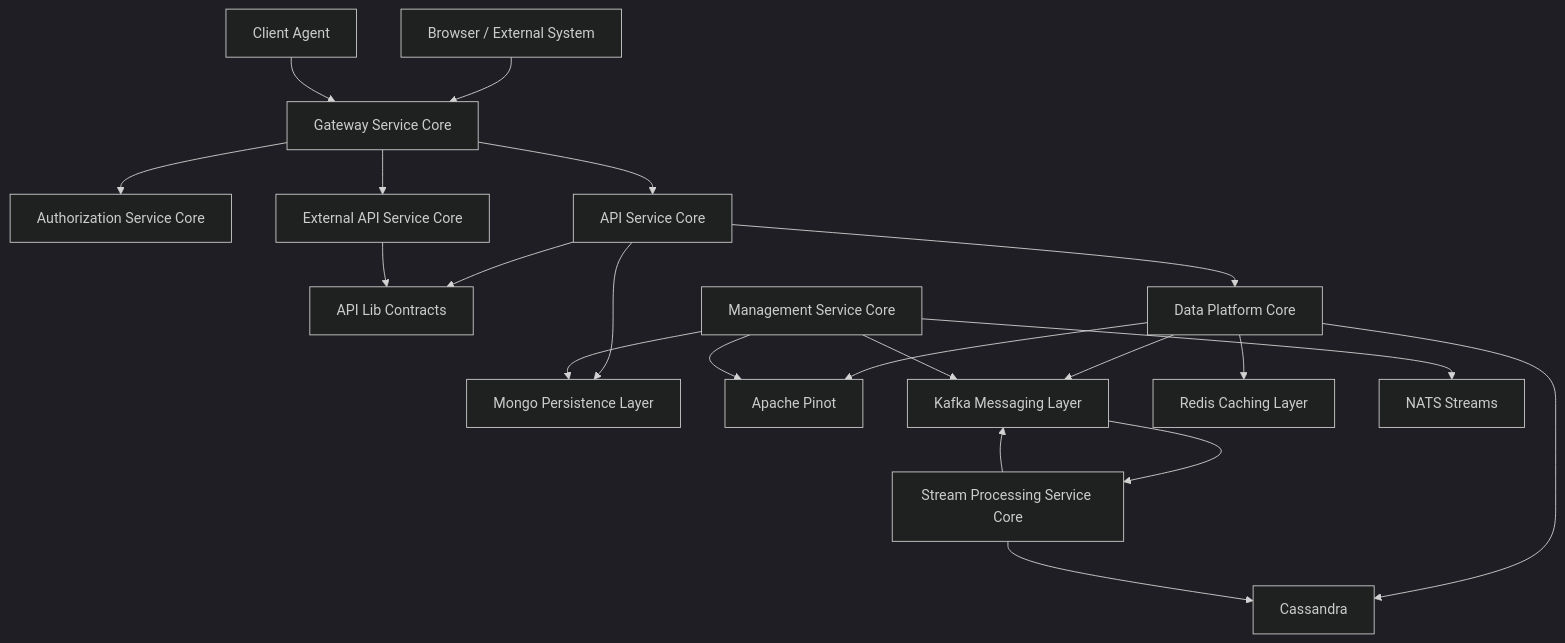
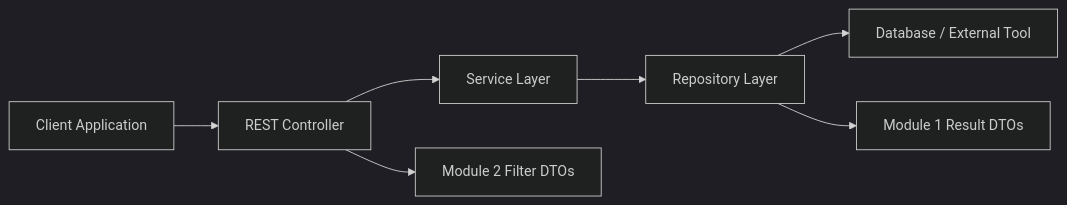
Before and after one commit to flamingo-stack/openframe-oss-lib: the diagram in docs/diagrams/architecture/README.mmd, drawn with Mermaid (dark theme). The commit also changed 15 other files, not shown here.

Commit message:
docs: Stage 2 - Architecture analysis (3 files) [skip ci]

```diff
--- a/docs/diagrams/architecture/README.mmd
+++ b/docs/diagrams/architecture/README.mmd
@@ -1,27 +1,8 @@
-flowchart TD
-    Client["Browser / External System"] --> Gateway["Gateway Service Core"]
-    Agent["Client Agent"] --> Gateway
+flowchart LR
+    Client["Client Application"] --> Controller["REST Controller"]
+    Controller --> Service["Service Layer"]
+    Service --> Repository["Repository Layer"]
+    Repository --> DataStore["Database / External Tool"]
 
-    Gateway --> Auth["Authorization Service Core"]
-    Gateway --> Api["API Service Core"]
-    Gateway --> External["External API Service Core"]
-
-    Api --> Contracts["API Lib Contracts"]
-    External --> Contracts
-
-    Api --> Mongo["Mongo Persistence Layer"]
-    Api --> DataCore["Data Platform Core"]
-
-    DataCore --> Cassandra["Cassandra"]
-    DataCore --> Pinot["Apache Pinot"]
-    DataCore --> Kafka["Kafka Messaging Layer"]
-    DataCore --> Redis["Redis Caching Layer"]
-
-    Kafka --> Stream["Stream Processing Service Core"]
-    Stream --> Cassandra
-    Stream --> Kafka
-
-    Management["Management Service Core"] --> Kafka
-    Management --> Pinot
-    Management --> Mongo
-    Management --> NATS["NATS Streams"]
+    Repository --> Results["Module 1 Result DTOs"]
+    Controller --> Filters["Module 2 Filter DTOs"]
```
